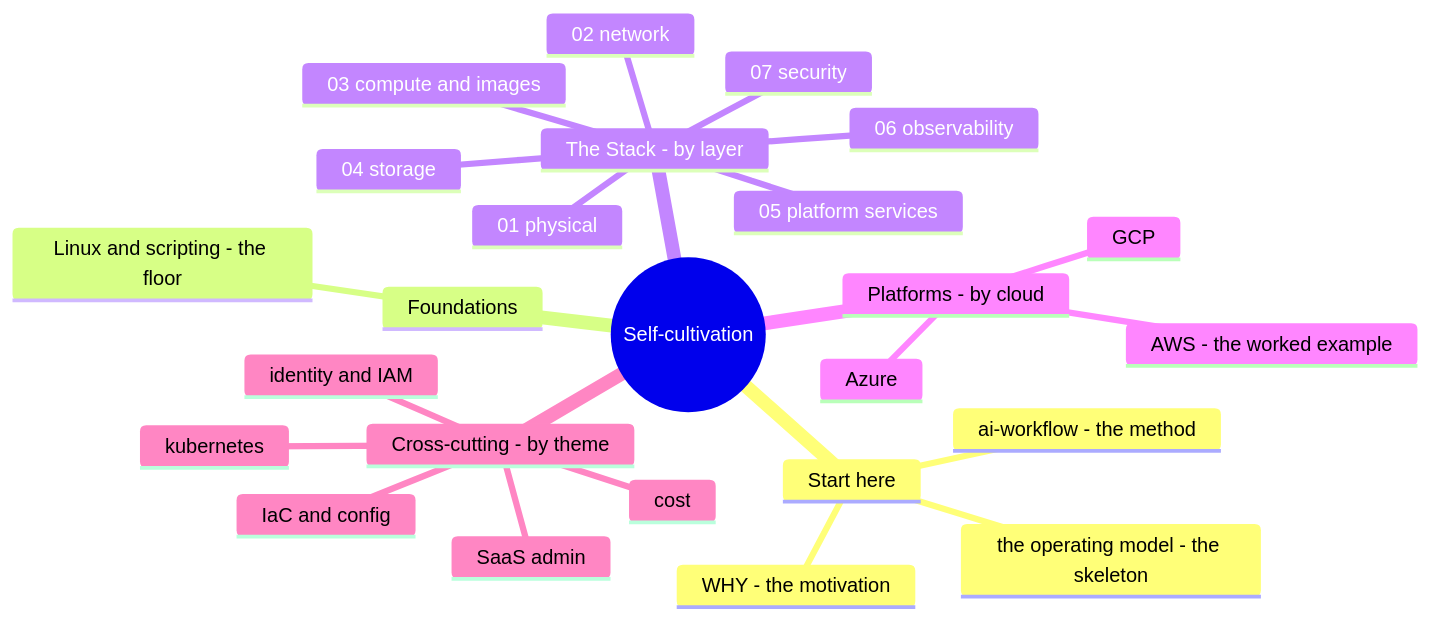
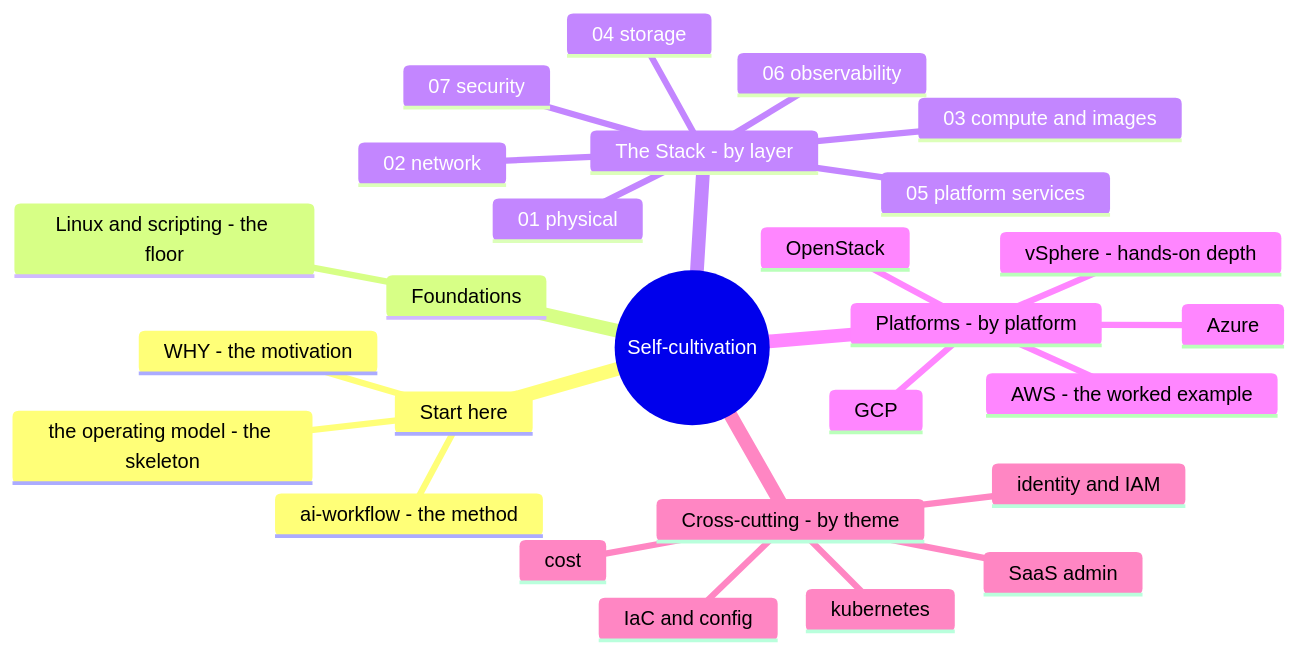
Before and after one commit to vicenteliu/sysadmin-self-cultivation: the second of 2 diagrams in README.md, drawn with Mermaid. The commit also changed other lines of this file and 10 other files, not shown here.

First line of the commit message:
platforms: add vSphere/vCenter (✋ depth) and OpenStack (🧗 ramp) modules

````diff
--- a/README.md
+++ b/README.md
@@ -43,28 +43,30 @@
 ```mermaid
 mindmap
   root((Self-cultivation))
     Start here
       WHY - the motivation
       the operating model - the skeleton
       ai-workflow - the method
     Foundations
       Linux and scripting - the floor
     The Stack - by layer
       01 physical
       02 network
       03 compute and images
       04 storage
       05 platform services
       06 observability
       07 security
-    Platforms - by cloud
+    Platforms - by platform
       AWS - the worked example
       Azure
       GCP
+      vSphere - hands-on depth
+      OpenStack
     Cross-cutting - by theme
       identity and IAM
       SaaS admin
       IaC and config
       cost
       kubernetes
 ```
````
